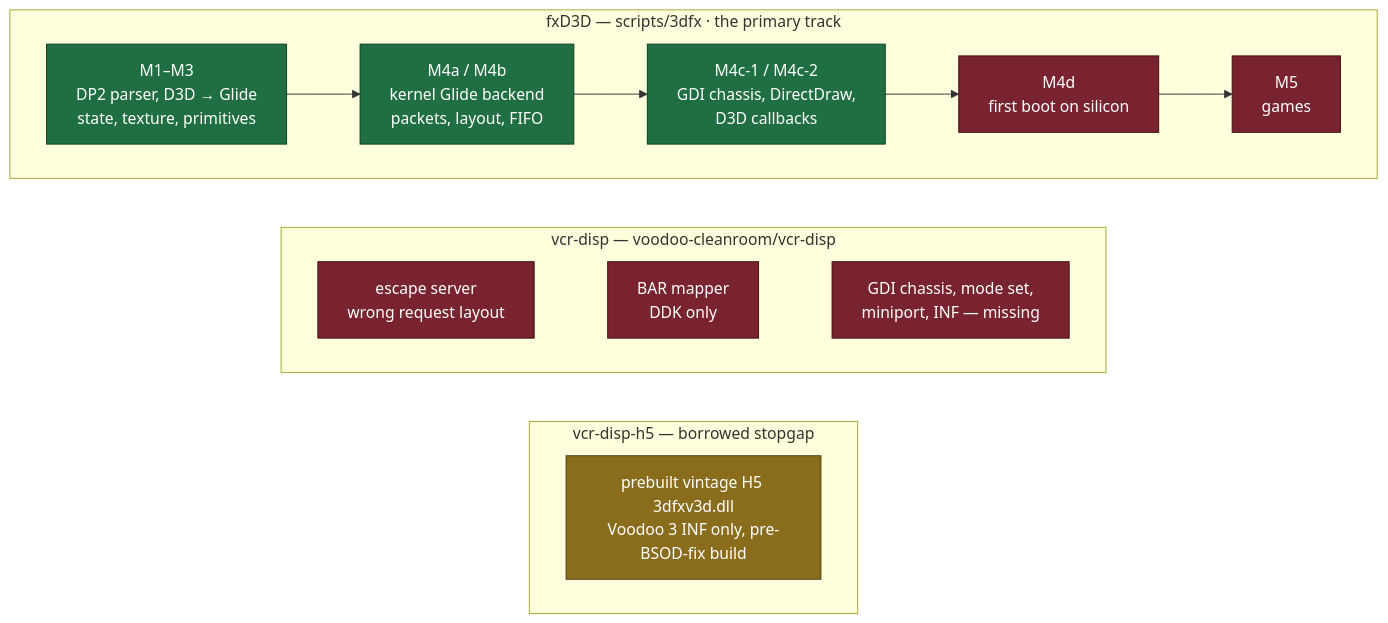
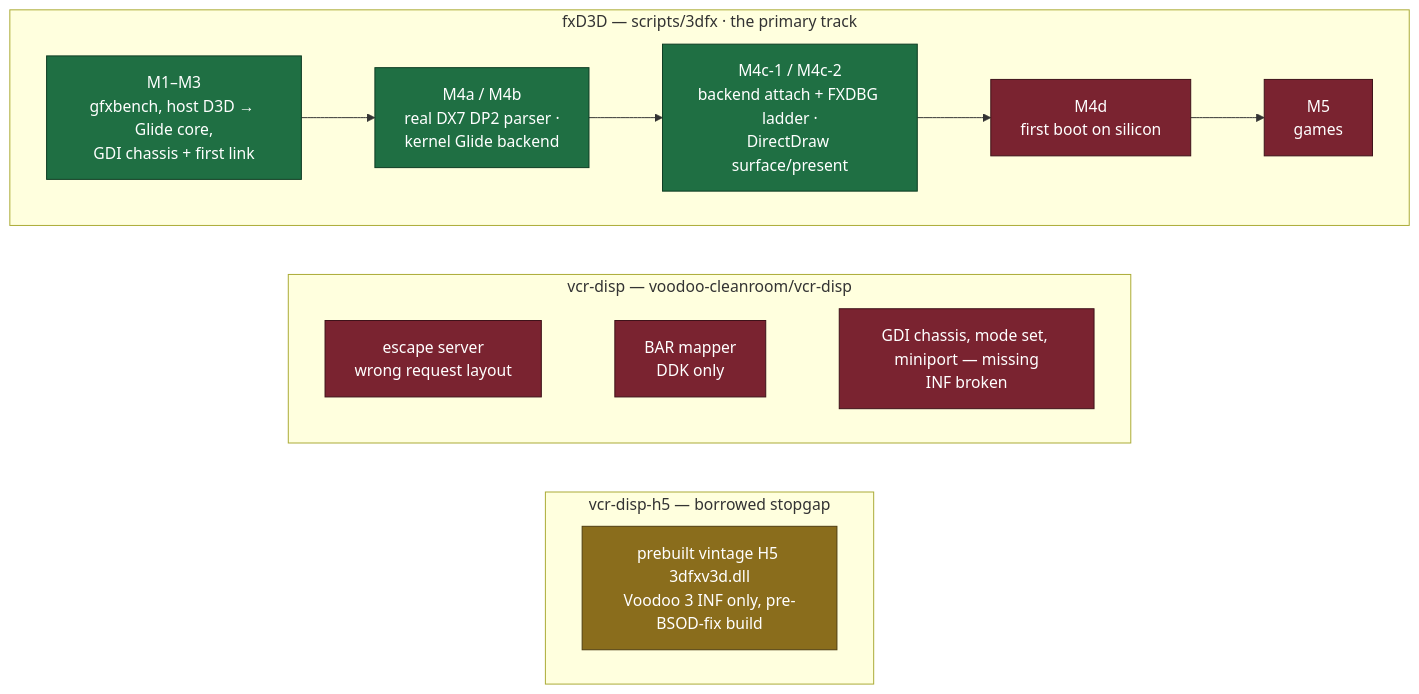
The fifth of 14 diagrams in voodoo-cleanroom/README.md (voidsstr/retro-agent), drawn with Mermaid before and after one commit. The commit also changed other lines of this file and 7 other files, not shown here.

````diff
--- a/voodoo-cleanroom/README.md
+++ b/voodoo-cleanroom/README.md
@@ -471,28 +514,28 @@
 ```mermaid
 flowchart TB
     classDef done fill:#1f6f43,stroke:#0d3b22,color:#ffffff
     classDef open fill:#7a2330,stroke:#3d1118,color:#ffffff
     classDef stop fill:#8a6d1c,stroke:#4d3c0f,color:#ffffff
 
     subgraph FX["fxD3D — scripts/3dfx · the primary track"]
         direction LR
-        M1["M1–M3<br/>DP2 parser, D3D → Glide<br/>state, texture, primitives"]:::done
-        M4a["M4a / M4b<br/>kernel Glide backend<br/>packets, layout, FIFO"]:::done
-        M4c["M4c-1 / M4c-2<br/>GDI chassis, DirectDraw,<br/>D3D callbacks"]:::done
+        M1["M1–M3<br/>gfxbench, host D3D → Glide core,<br/>GDI chassis + first link"]:::done
+        M4a["M4a / M4b<br/>real DX7 DP2 parser ·<br/>kernel Glide backend"]:::done
+        M4c["M4c-1 / M4c-2<br/>backend attach + FXDBG ladder ·<br/>DirectDraw surface/present"]:::done
         M4d["M4d<br/>first boot on silicon"]:::open
         M5["M5<br/>games"]:::open
         M1 --> M4a --> M4c --> M4d --> M5
     end
     subgraph VCR["vcr-disp — voodoo-cleanroom/vcr-disp"]
         direction LR
         E["escape server<br/>wrong request layout"]:::open
         B["BAR mapper<br/>DDK only"]:::open
-        C["GDI chassis, mode set,<br/>miniport, INF — missing"]:::open
+        C["GDI chassis, mode set, miniport — missing<br/>INF broken"]:::open
         E ~~~ B ~~~ C
     end
     subgraph H5["vcr-disp-h5 — borrowed stopgap"]
         direction LR
         P["prebuilt vintage H5 3dfxv3d.dll<br/>Voodoo 3 INF only, pre-BSOD-fix build"]:::stop
     end
     FX ~~~ VCR ~~~ H5
 ```
````
